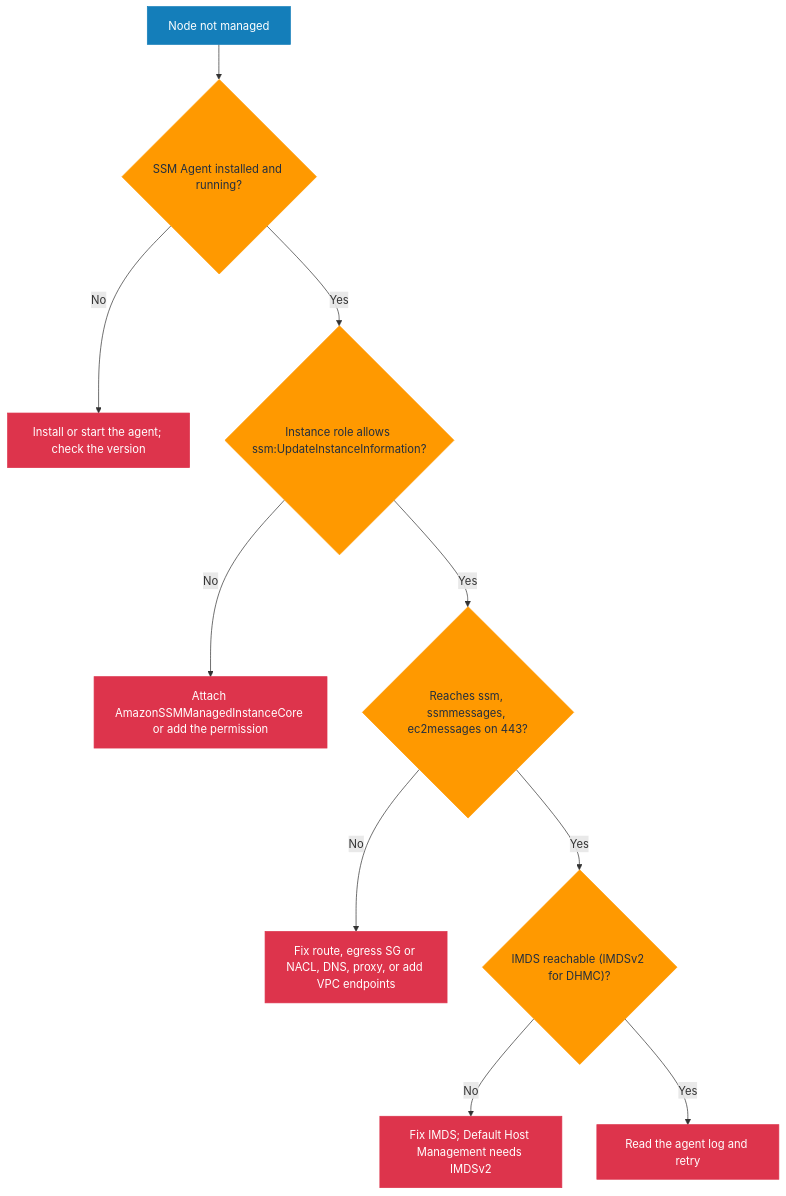
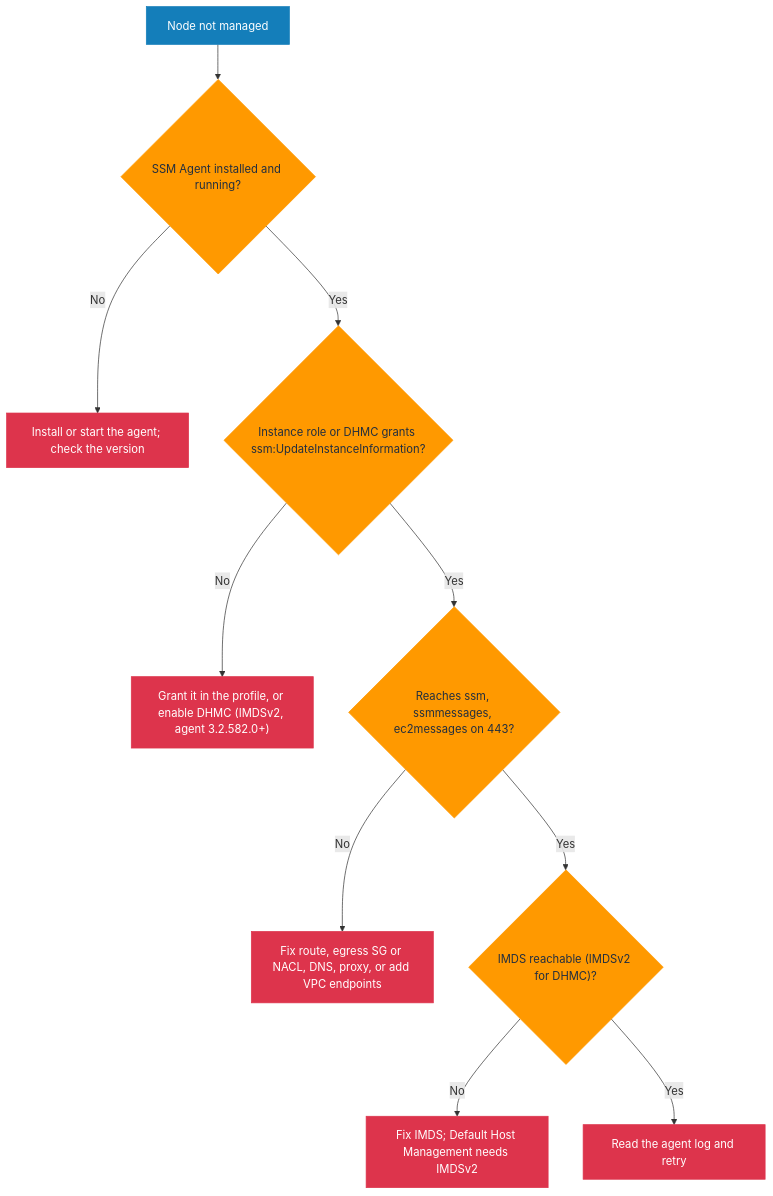
One commit to GabrielAlmeidaFlores/AWS-CloudOps-Engineer-Associate-Doc changed the diagram in 02-services/10-management-governance/15-systems-manager/12-troubleshooting.md. Above: the diagram before and after it, drawn with Mermaid. The commit also changed other lines of this file and 5 other files, not shown here.

Commit message:
fix: correct DHMC instance profile fallback behavior

````diff
--- a/02-services/10-management-governance/15-systems-manager/12-troubleshooting.md
+++ b/02-services/10-management-governance/15-systems-manager/12-troubleshooting.md
@@ -16,18 +16,18 @@
 ```mermaid
 flowchart TD
     A["Node not managed"] --> B{"SSM Agent installed and running?"}
     B -->|No| C["Install or start the agent; check the version"]
-    B -->|Yes| D{"Instance role allows ssm:UpdateInstanceInformation?"}
-    D -->|No| E["Attach AmazonSSMManagedInstanceCore or add the permission"]
+    B -->|Yes| D{"Instance role or DHMC grants ssm:UpdateInstanceInformation?"}
+    D -->|No| E["Grant it in the profile, or enable DHMC (IMDSv2, agent 3.2.582.0+)"]
     D -->|Yes| F{"Reaches ssm, ssmmessages, ec2messages on 443?"}
     F -->|No| G["Fix route, egress SG or NACL, DNS, proxy, or add VPC endpoints"]
     F -->|Yes| H{"IMDS reachable (IMDSv2 for DHMC)?"}
     H -->|No| I["Fix IMDS; Default Host Management needs IMDSv2"]
     H -->|Yes| J["Read the agent log and retry"]
     classDef step fill:#147EBA,stroke:#147EBA,color:#ffffff
     classDef decision fill:#FF9900,stroke:#FF9900,color:#232F3E
     classDef fix fill:#DD344C,stroke:#DD344C,color:#ffffff
     class A step
     class B,D,F,H decision
     class C,E,G,I,J fix
 ```
````
